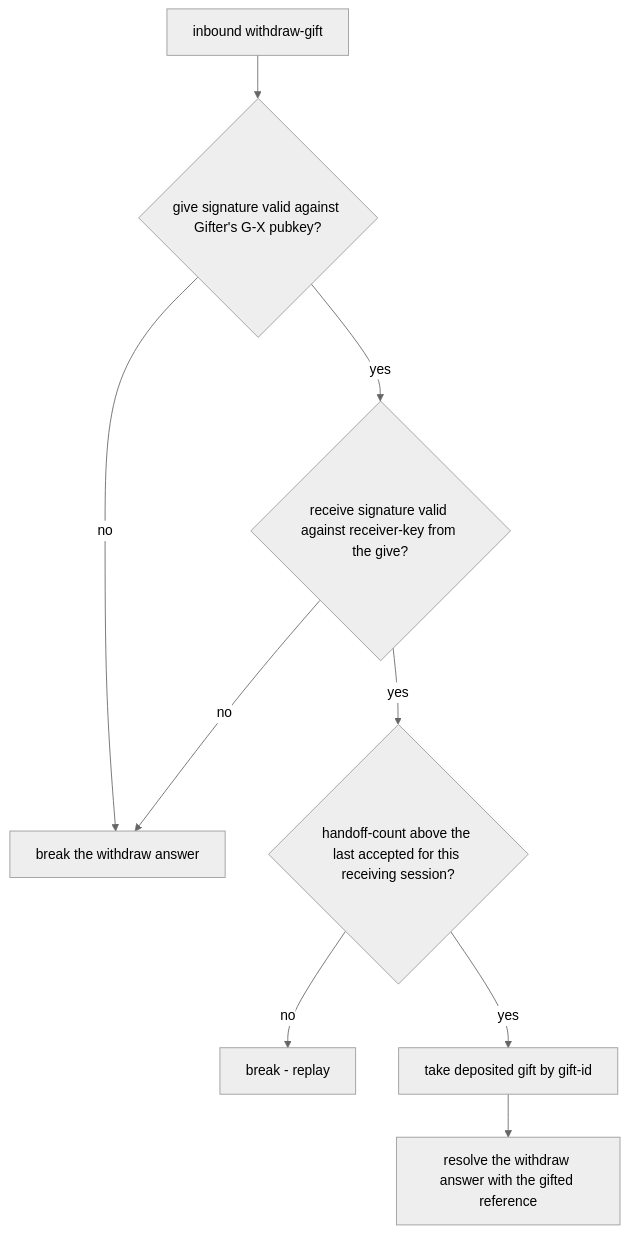
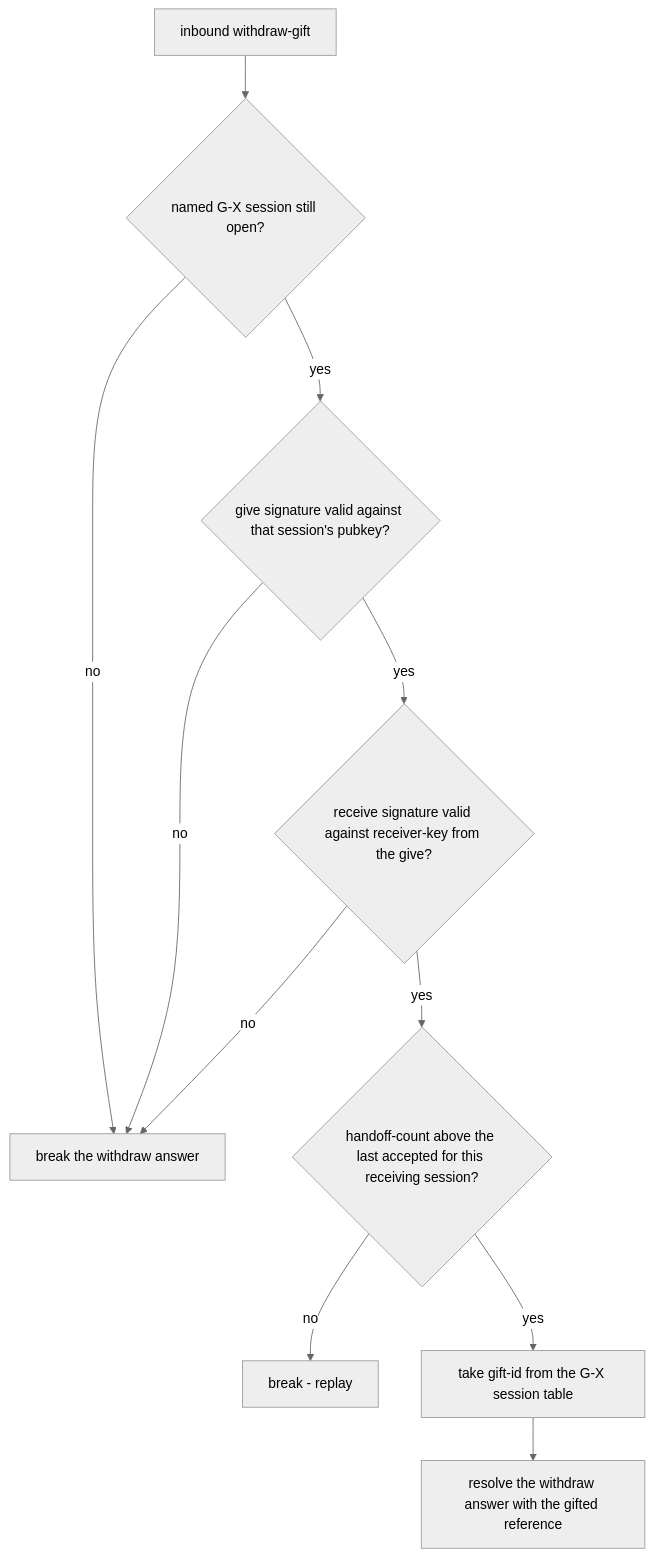
The seventh of 8 diagrams in docs/protocol-diagrams/06-handoffs.md (glowcap-org/glowcap), drawn with Mermaid (neutral theme) before and after one commit. The commit also changed other lines of this file and 694 other files, not shown here.

````diff
--- a/docs/protocol-diagrams/06-handoffs.md
+++ b/docs/protocol-diagrams/06-handoffs.md
@@ -115,11 +116,13 @@
 ```mermaid
 flowchart TD
-    IN["inbound withdraw-gift"] --> S1{"give signature valid against Gifter's G-X pubkey?"}
-    S1 -->|no| BK["break the withdraw answer"]
+    IN["inbound withdraw-gift"] --> LIVE{"named G-X session still open?"}
+    LIVE -->|no| BK["break the withdraw answer"]
+    LIVE -->|yes| S1{"give signature valid against that session's pubkey?"}
+    S1 -->|no| BK
     S1 -->|yes| S2{"receive signature valid against receiver-key from the give?"}
     S2 -->|no| BK
     S2 -->|yes| S3{"handoff-count above the last accepted for this receiving session?"}
     S3 -->|no| BK2["break - replay"]
-    S3 -->|yes| TK["take deposited gift by gift-id"]
+    S3 -->|yes| TK["take gift-id from the G-X session table"]
     TK --> RES["resolve the withdraw answer with the gifted reference"]
 ```
````
